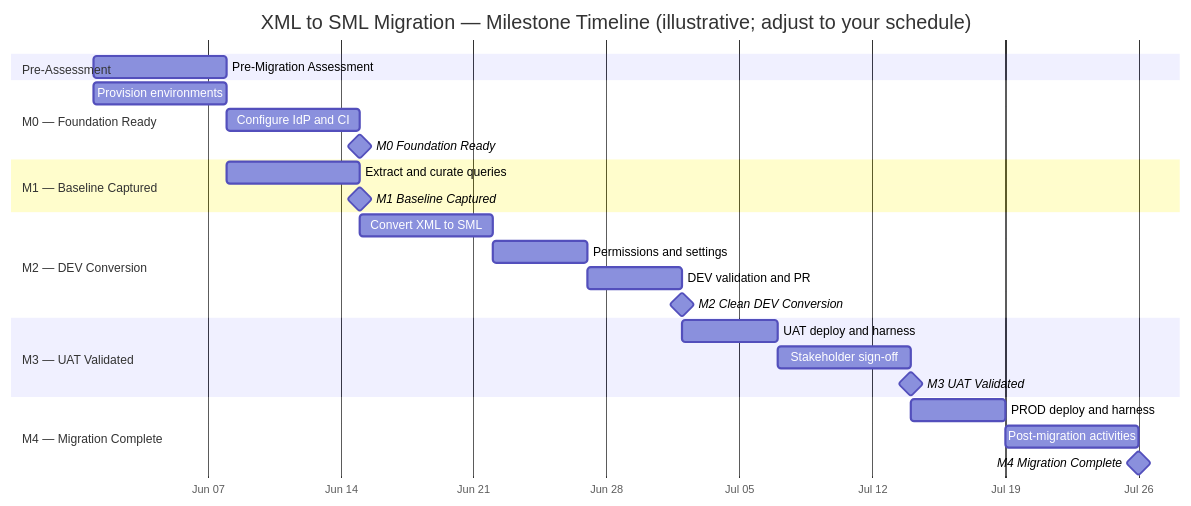
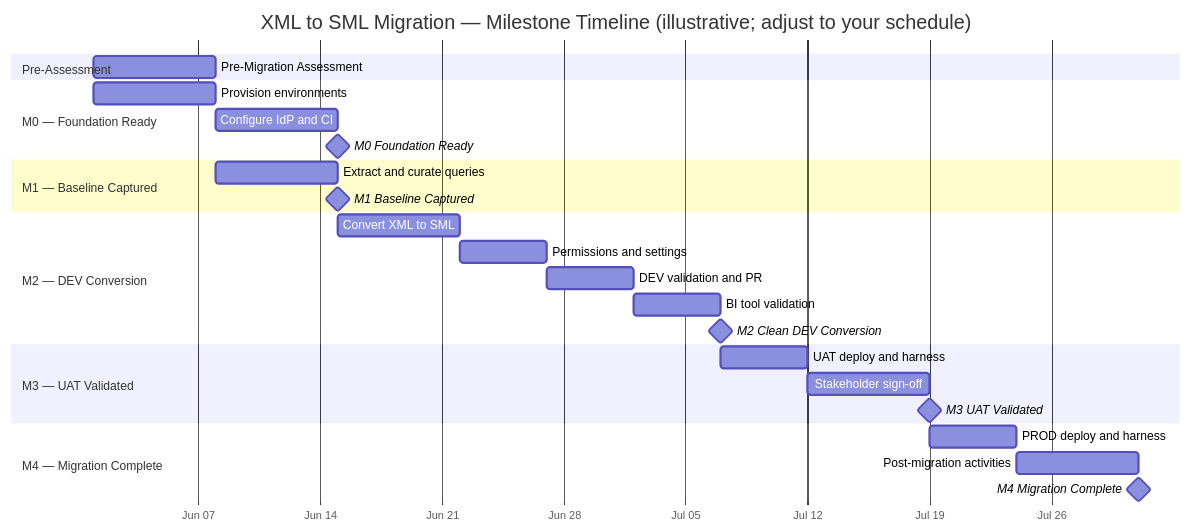
Before and after one commit to AtScaleInc/ps-utils: the first of 4 diagrams in docs/MIGRATE.md, drawn with Mermaid. The commit also changed other lines of this file and 4 other files, not shown here.

````diff
--- a/docs/MIGRATE.md
+++ b/docs/MIGRATE.md
@@ -3,34 +3,35 @@
 ```mermaid
 gantt
     title XML to SML Migration — Milestone Timeline (illustrative; adjust to your schedule)
     dateFormat  YYYY-MM-DD
     axisFormat  %b %d
 
     section Pre-Assessment
         Pre-Migration Assessment    :assess, 2026-06-01, 7d
 
     section M0 — Foundation Ready
         Provision environments      :prov, 2026-06-01, 7d
         Configure IdP and CI        :ciid, after prov, 7d
         M0 Foundation Ready         :milestone, m0, after ciid, 0d
 
     section M1 — Baseline Captured
         Extract and curate queries  :extract, 2026-06-08, 7d
         M1 Baseline Captured        :milestone, m1, after extract, 0d
 
     section M2 — DEV Conversion
         Convert XML to SML          :convert, 2026-06-15, 7d
         Permissions and settings    :perms, after convert, 5d
         DEV validation and PR       :devpr, after perms, 5d
-        M2 Clean DEV Conversion     :milestone, m2, after devpr, 0d
+        BI tool validation          :bivalidate, after devpr, 5d
+        M2 Clean DEV Conversion     :milestone, m2, after bivalidate, 0d
 
     section M3 — UAT Validated
         UAT deploy and harness      :uatdep, after m2, 5d
         Stakeholder sign-off        :signoff, after uatdep, 7d
         M3 UAT Validated            :milestone, m3, after signoff, 0d
 
     section M4 — Migration Complete
         PROD deploy and harness     :proddep, after m3, 5d
         Post-migration activities   :postmig, after proddep, 7d
         M4 Migration Complete       :milestone, m4, after postmig, 0d
 ```
````
